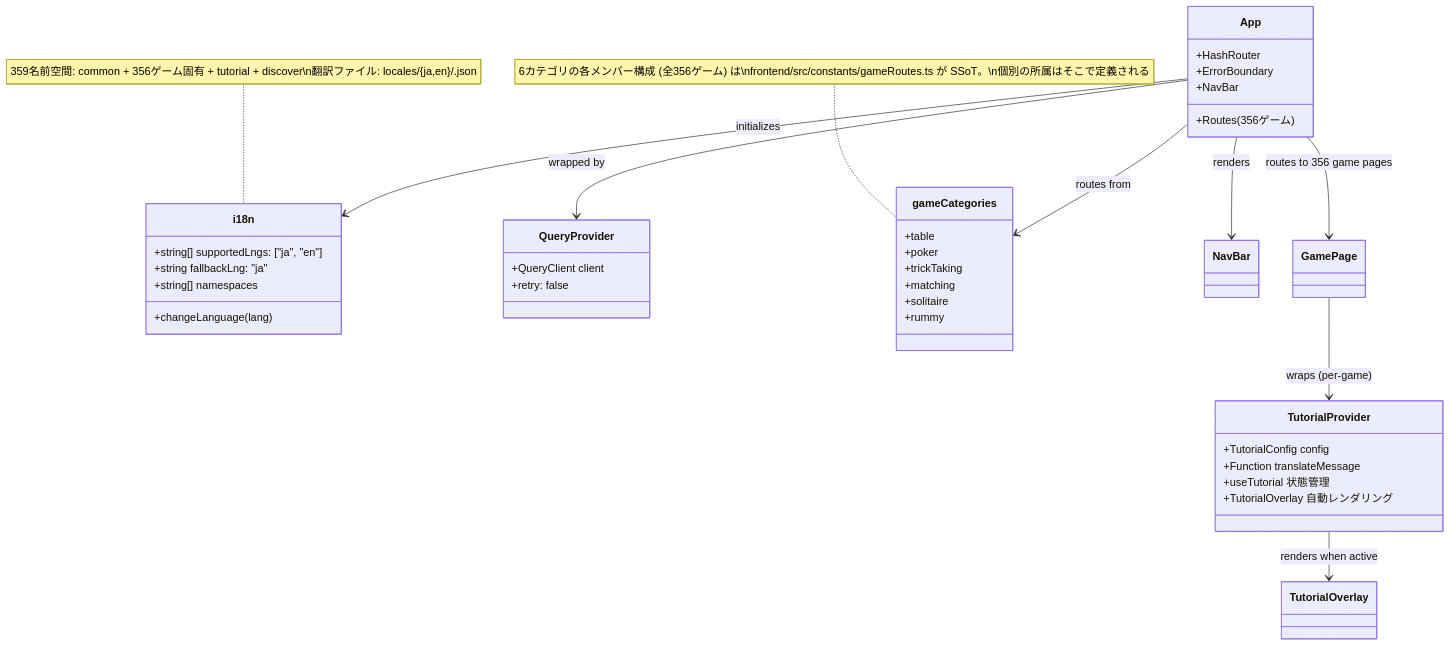
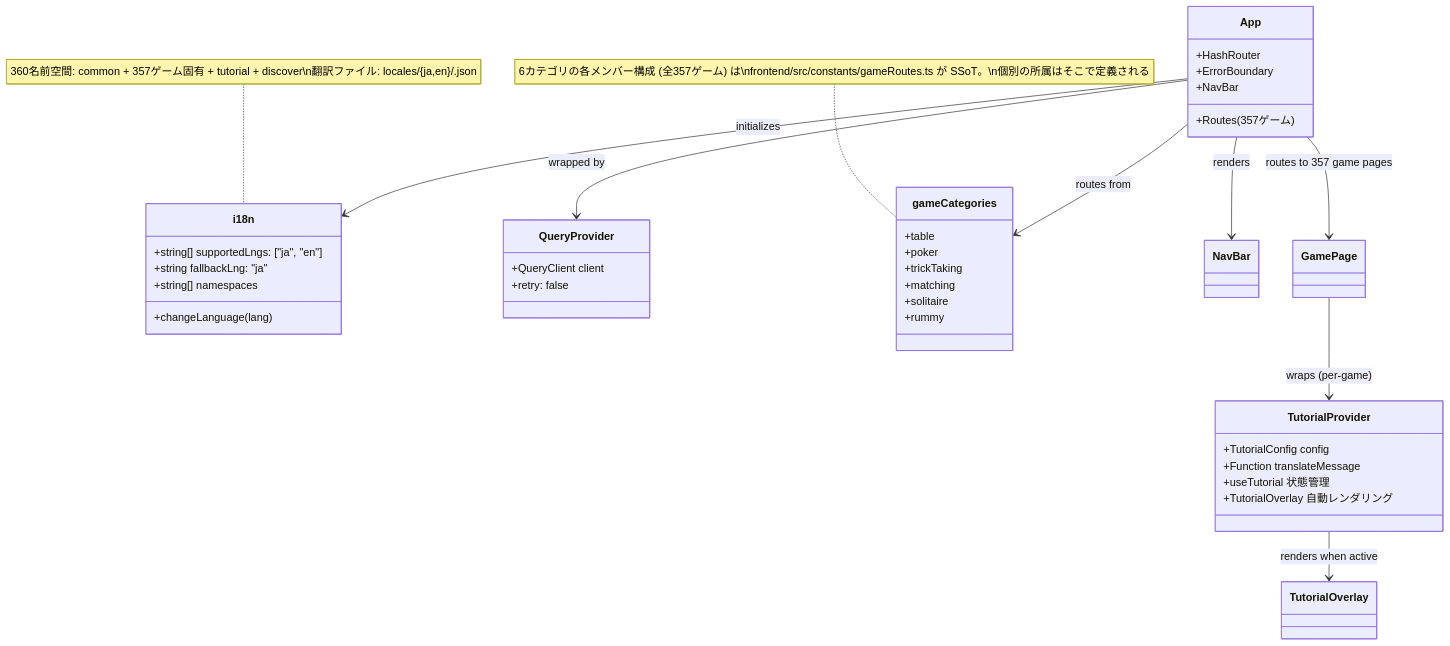
Before and after one commit to yuta-yoshinaga/go_trumpcards: the ninth of 49 diagrams in docs/design/frontend.md, drawn with Mermaid. The commit also changed other lines of this file and 67 other files, not shown here.

````diff
--- a/docs/design/frontend.md
+++ b/docs/design/frontend.md
@@ -1874,48 +1874,48 @@
 ```mermaid
 classDiagram
     class i18n {
         +string[] supportedLngs: ["ja", "en"]
         +string fallbackLng: "ja"
         +string[] namespaces
         +changeLanguage(lang)
     }
 
     class QueryProvider {
         +QueryClient client
         +retry: false
     }
 
     class App {
         +HashRouter
         +ErrorBoundary
         +NavBar
-        +Routes (356ゲーム)
+        +Routes (357ゲーム)
     }
 
     class gameCategories {
         +table
         +poker
         +trickTaking
         +matching
         +solitaire
         +rummy
     }
-    note for gameCategories "6カテゴリの各メンバー構成 (全356ゲーム) は\nfrontend/src/constants/gameRoutes.ts が SSoT。\n個別の所属はそこで定義される"
+    note for gameCategories "6カテゴリの各メンバー構成 (全357ゲーム) は\nfrontend/src/constants/gameRoutes.ts が SSoT。\n個別の所属はそこで定義される"
 
     class TutorialProvider {
         +TutorialConfig config
         +Function translateMessage
         +useTutorial 状態管理
         +TutorialOverlay 自動レンダリング
     }
 
     App --> QueryProvider : wrapped by
     App --> i18n : initializes
     App --> gameCategories : routes from
     App --> NavBar : renders
-    App --> GamePage : routes to 356 game pages
+    App --> GamePage : routes to 357 game pages
     GamePage --> TutorialProvider : wraps (per-game)
     TutorialProvider --> TutorialOverlay : renders when active
 
-    note for i18n "359名前空間: common + 356ゲーム固有 + tutorial + discover\n翻訳ファイル: locales/{ja,en}/<game>.json"
+    note for i18n "360名前空間: common + 357ゲーム固有 + tutorial + discover\n翻訳ファイル: locales/{ja,en}/<game>.json"
 ```
````
